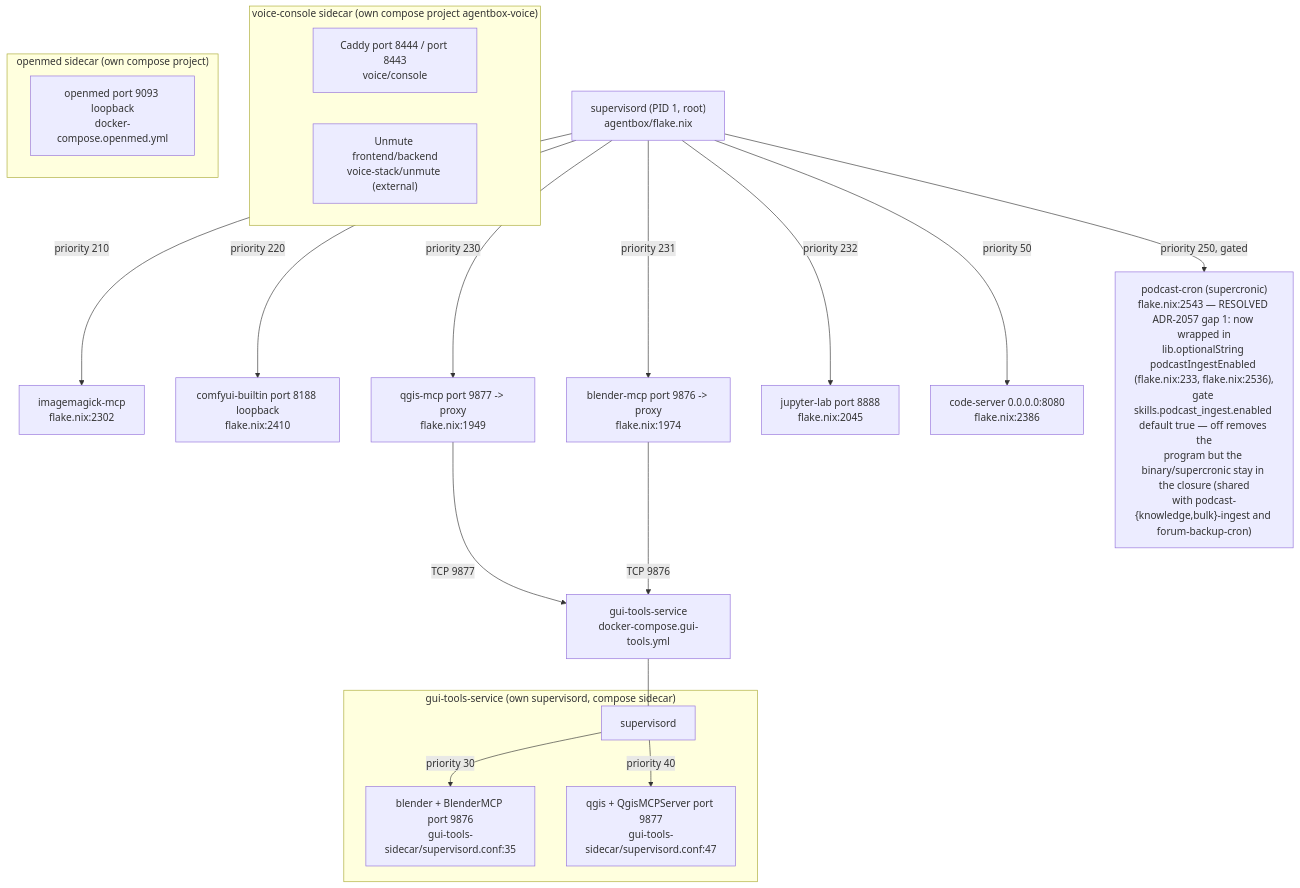
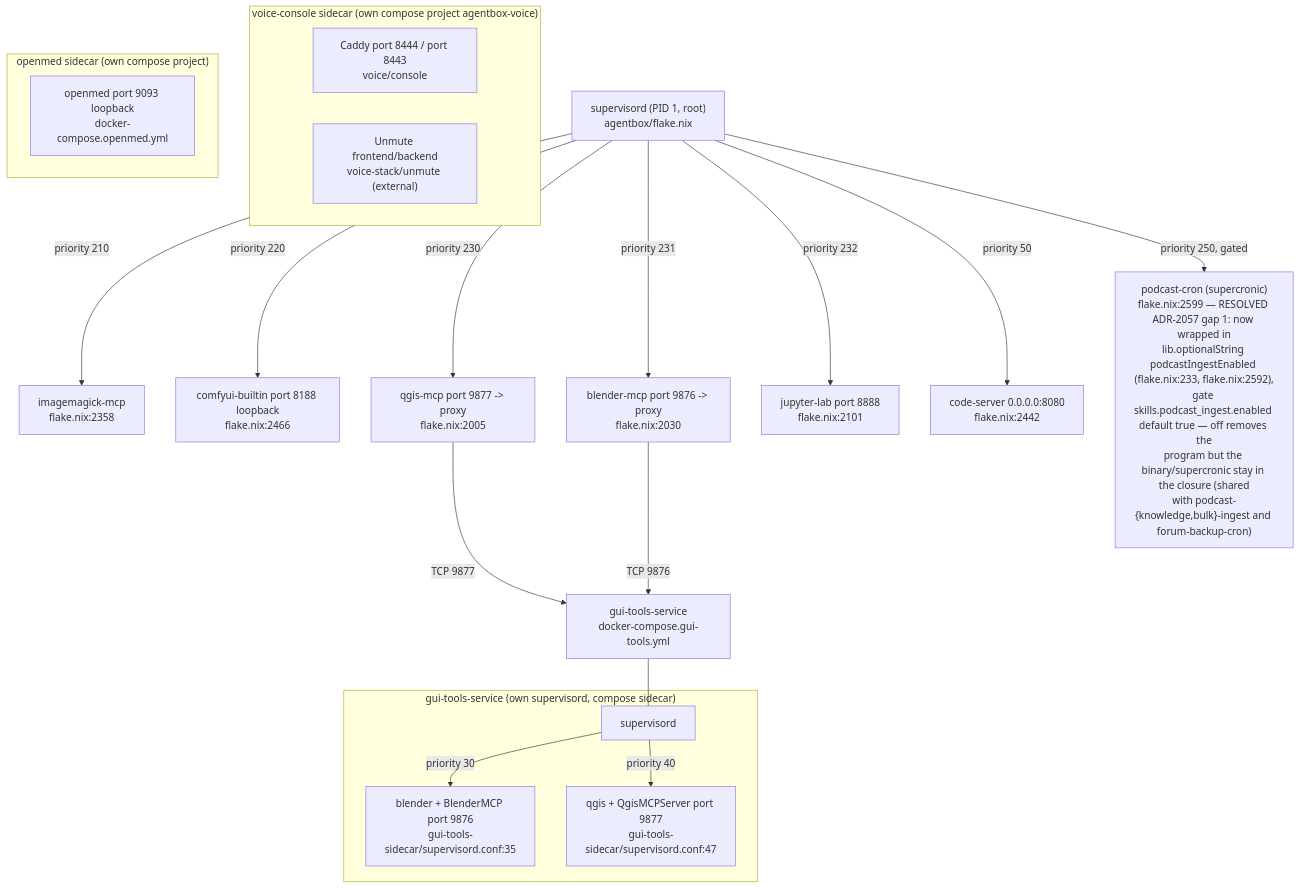
One commit to DreamLab-AI/VisionFlow changed the tenth of 13 diagrams in docs/diagrams/agentbox/27-media-gpu-capability-services.md. Above: the diagram before and after it, drawn with Mermaid. The commit also changed other lines of this file and 94 other files, not shown here.

First line of the commit message:
docs(diagrams): re-verify 130 topics against 2 October HEADs

````diff
--- a/docs/diagrams/agentbox/27-media-gpu-capability-services.md
+++ b/docs/diagrams/agentbox/27-media-gpu-capability-services.md
@@ -317,30 +317,30 @@
 ```mermaid
 flowchart TB
     SUP["supervisord (PID 1, root)<br/>agentbox/flake.nix"]
-    SUP -->|priority 210| IM["imagemagick-mcp<br/>flake.nix:2302"]
-    SUP -->|priority 220| CB["comfyui-builtin port 8188 loopback<br/>flake.nix:2410"]
-    SUP -->|priority 230| QM["qgis-mcp port 9877 -> proxy<br/>flake.nix:1949"]
-    SUP -->|priority 231| BM["blender-mcp port 9876 -> proxy<br/>flake.nix:1974"]
-    SUP -->|priority 232| JL["jupyter-lab port 8888<br/>flake.nix:2045"]
-    SUP -->|priority 50| CS["code-server 0.0.0.0:8080<br/>flake.nix:2386"]
-    SUP -->|priority 250, gated| PC["podcast-cron (supercronic)<br/>flake.nix:2543 — RESOLVED ADR-2057 gap 1: now wrapped in<br/>lib.optionalString podcastIngestEnabled (flake.nix:233, flake.nix:2536),<br/>gate skills.podcast_ingest.enabled default true — off removes the<br/>program but the binary/supercronic stay in the closure (shared<br/>with podcast-{knowledge,bulk}-ingest and forum-backup-cron)"]
+    SUP -->|priority 210| IM["imagemagick-mcp<br/>flake.nix:2358"]
+    SUP -->|priority 220| CB["comfyui-builtin port 8188 loopback<br/>flake.nix:2466"]
+    SUP -->|priority 230| QM["qgis-mcp port 9877 -> proxy<br/>flake.nix:2005"]
+    SUP -->|priority 231| BM["blender-mcp port 9876 -> proxy<br/>flake.nix:2030"]
+    SUP -->|priority 232| JL["jupyter-lab port 8888<br/>flake.nix:2101"]
+    SUP -->|priority 50| CS["code-server 0.0.0.0:8080<br/>flake.nix:2442"]
+    SUP -->|priority 250, gated| PC["podcast-cron (supercronic)<br/>flake.nix:2599 — RESOLVED ADR-2057 gap 1: now wrapped in<br/>lib.optionalString podcastIngestEnabled (flake.nix:233, flake.nix:2592),<br/>gate skills.podcast_ingest.enabled default true — off removes the<br/>program but the binary/supercronic stay in the closure (shared<br/>with podcast-{knowledge,bulk}-ingest and forum-backup-cron)"]
 
     QM -->|TCP 9877| GTS["gui-tools-service<br/>docker-compose.gui-tools.yml"]
     BM -->|TCP 9876| GTS
 
     subgraph sidecar["gui-tools-service (own supervisord, compose sidecar)"]
         GSUP["supervisord"]
         GSUP -->|priority 30| GB["blender + BlenderMCP port 9876<br/>gui-tools-sidecar/supervisord.conf:35"]
         GSUP -->|priority 40| GQ["qgis + QgisMCPServer port 9877<br/>gui-tools-sidecar/supervisord.conf:47"]
     end
     GTS --- GSUP
 
     subgraph voicesc["voice-console sidecar (own compose project agentbox-voice)"]
         CADDY["Caddy port 8444 / port 8443<br/>voice/console"]
         UNMUTE["Unmute frontend/backend<br/>voice-stack/unmute (external)"]
     end
 
     subgraph openmedsc["openmed sidecar (own compose project)"]
         OM["openmed port 9093 loopback<br/>docker-compose.openmed.yml"]
     end
 ```
````
